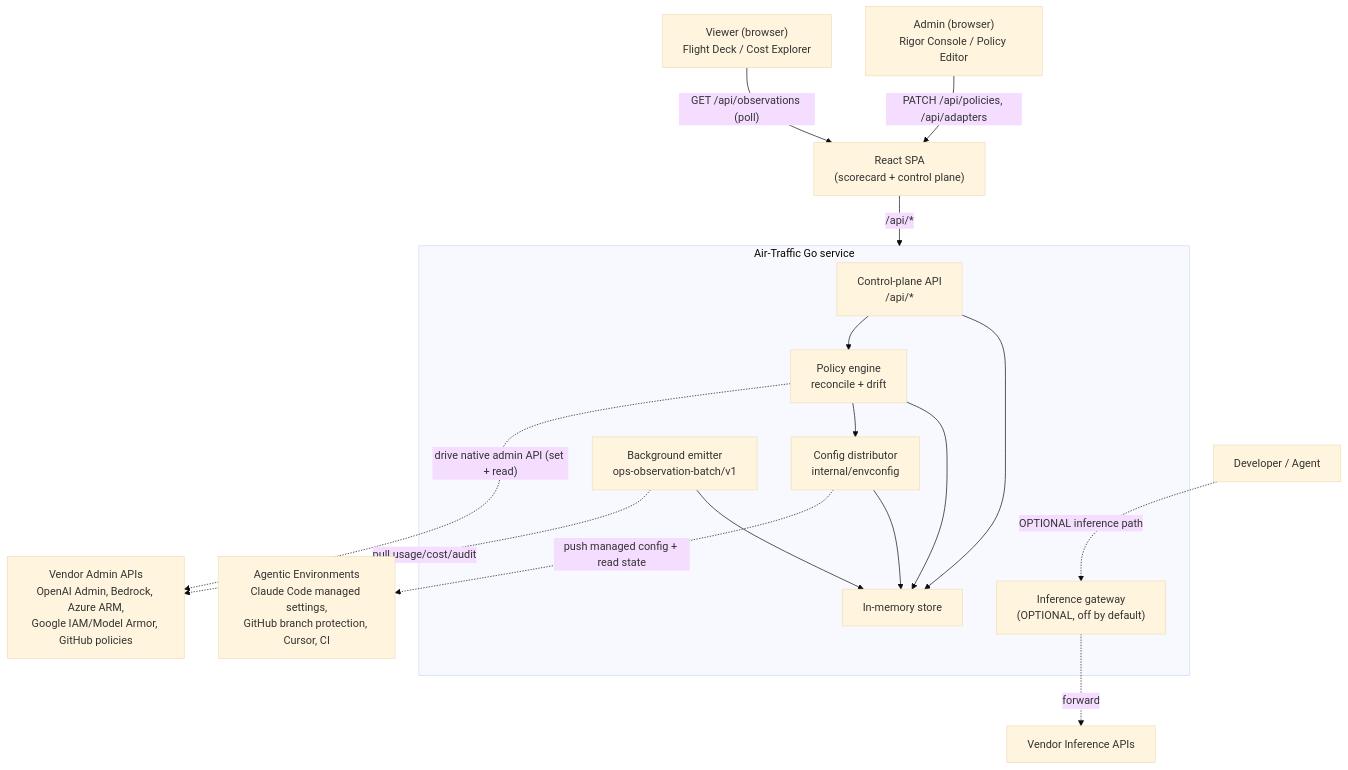
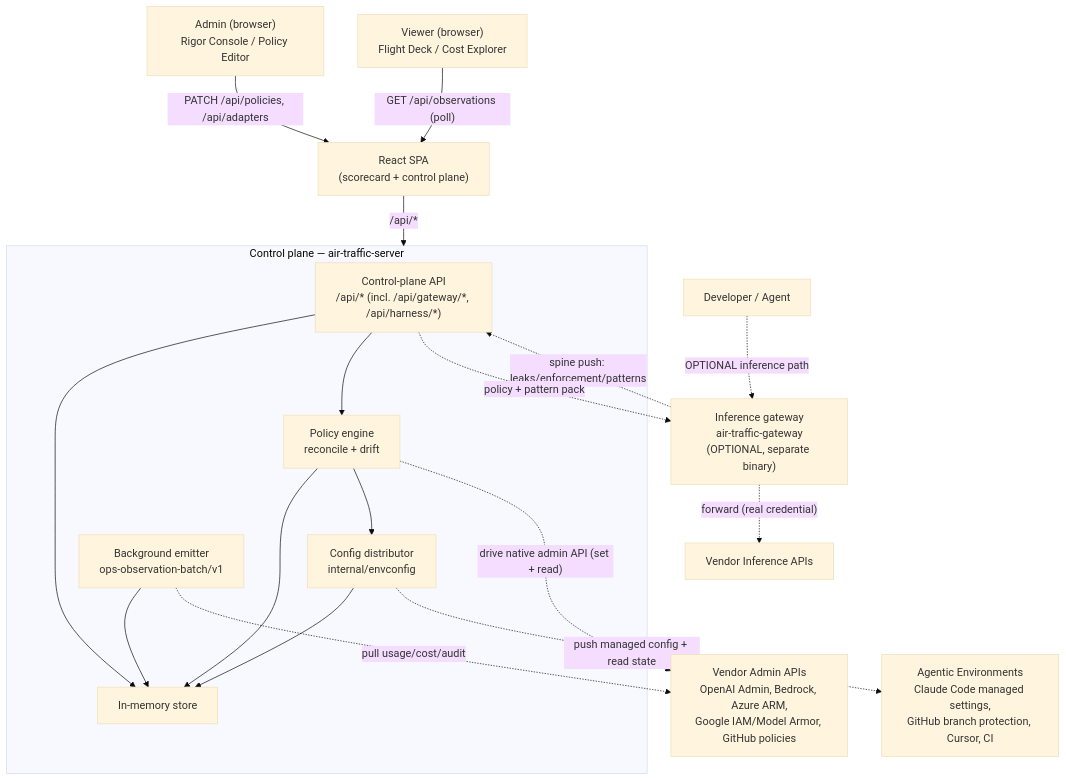
Before and after one commit to jchigg2000-git/air-traffic: the first of 9 diagrams in docs/air-traffic-system-design.md, drawn with Mermaid (base theme). The commit also changed other lines of this file and 1 other file, not shown here.

````diff
--- a/docs/air-traffic-system-design.md
+++ b/docs/air-traffic-system-design.md
@@ -100,27 +100,30 @@
 ```mermaid
 graph TD
   admin["Admin (browser)<br/>Rigor Console / Policy Editor"] -->|"PATCH /api/policies, /api/adapters"| spa["React SPA<br/>(scorecard + control plane)"]
   viewer["Viewer (browser)<br/>Flight Deck / Cost Explorer"] -->|"GET /api/observations (poll)"| spa
   spa -->|"/api/*"| go
 
-  subgraph go["Air-Traffic Go service"]
-    api["Control-plane API<br/>/api/*"]
+  subgraph go["Control plane — air-traffic-server"]
+    api["Control-plane API<br/>/api/* (incl. /api/gateway/*, /api/harness/*)"]
     env["Config distributor<br/>internal/envconfig"]
     pol["Policy engine<br/>reconcile + drift"]
     emit["Background emitter<br/>ops-observation-batch/v1"]
     store["In-memory store"]
-    gwopt["Inference gateway<br/>(OPTIONAL, off by default)"]
     api --> store
     env --> store
     pol --> store
     emit --> store
     api --> pol
     pol --> env
   end
 
+  gwopt["Inference gateway<br/>air-traffic-gateway<br/>(OPTIONAL, separate binary)"]
+
   pol -. "drive native admin API (set + read)" .-> vadmin["Vendor Admin APIs<br/>OpenAI Admin, Bedrock, Azure ARM,<br/>Google IAM/Model Armor, GitHub policies"]
   env -. "push managed config + read state" .-> envt["Agentic Environments<br/>Claude Code managed settings,<br/>GitHub branch protection, Cursor, CI"]
   emit -. "pull usage/cost/audit" .-> vadmin
   dev["Developer / Agent"] -. "OPTIONAL inference path" .-> gwopt
-  gwopt -. "forward" .-> vinf["Vendor Inference APIs"]
+  gwopt -. "forward (real credential)" .-> vinf["Vendor Inference APIs"]
+  gwopt -. "spine push: leaks/enforcement/patterns" .-> api
+  api -. "policy + pattern pack" .-> gwopt
 ```
````
